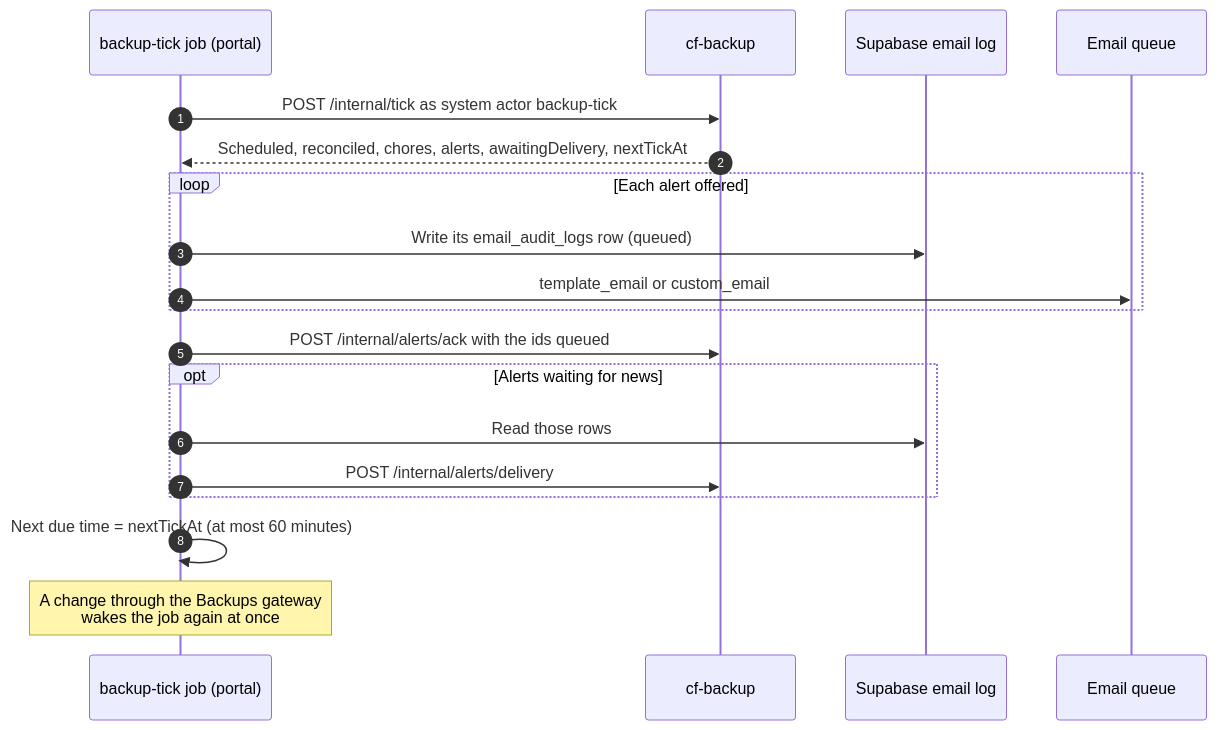
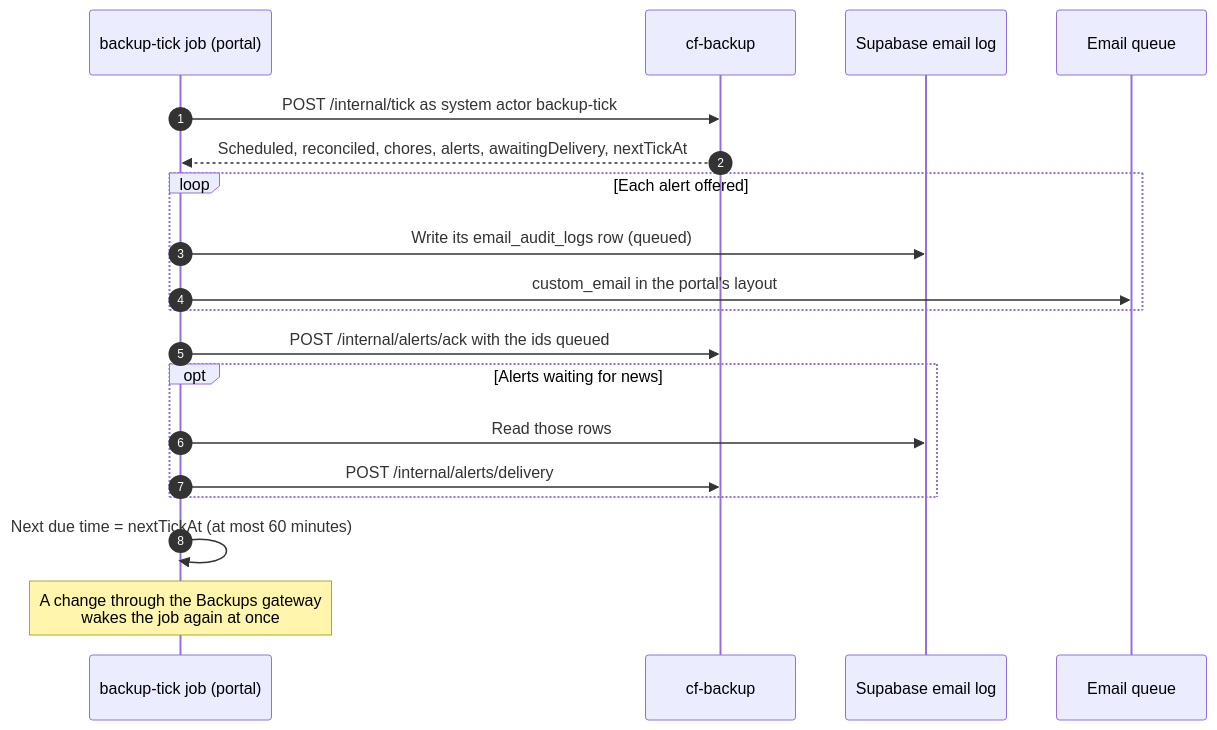
Before and after one commit to Harshil8136/chess-game1: the fifth of 7 diagrams in synced-docs/cf-admin/documentation/architecture/FLOWS-SERVICES-AND-JOBS.md, drawn with Mermaid. The commit also changed other lines of this file and 5 other files, not shown here.

````diff
--- a/synced-docs/cf-admin/documentation/architecture/FLOWS-SERVICES-AND-JOBS.md
+++ b/synced-docs/cf-admin/documentation/architecture/FLOWS-SERVICES-AND-JOBS.md
@@ -162,21 +162,21 @@
 ```mermaid
 sequenceDiagram
     autonumber
     participant J as backup-tick job (portal)
     participant B as cf-backup
     participant SB as Supabase email log
     participant Q as Email queue
     J->>B: POST /internal/tick as system actor backup-tick
     B-->>J: Scheduled, reconciled, chores, alerts, awaitingDelivery, nextTickAt
     loop Each alert offered
         J->>SB: Write its email_audit_logs row (queued)
-        J->>Q: template_email or custom_email
+        J->>Q: custom_email in the portal's layout
     end
     J->>B: POST /internal/alerts/ack with the ids queued
     opt Alerts waiting for news
         J->>SB: Read those rows
         J->>B: POST /internal/alerts/delivery
     end
     J->>J: Next due time = nextTickAt (at most 60 minutes)
     Note over J: A change through the Backups gateway<br/>wakes the job again at once
 ```
````
